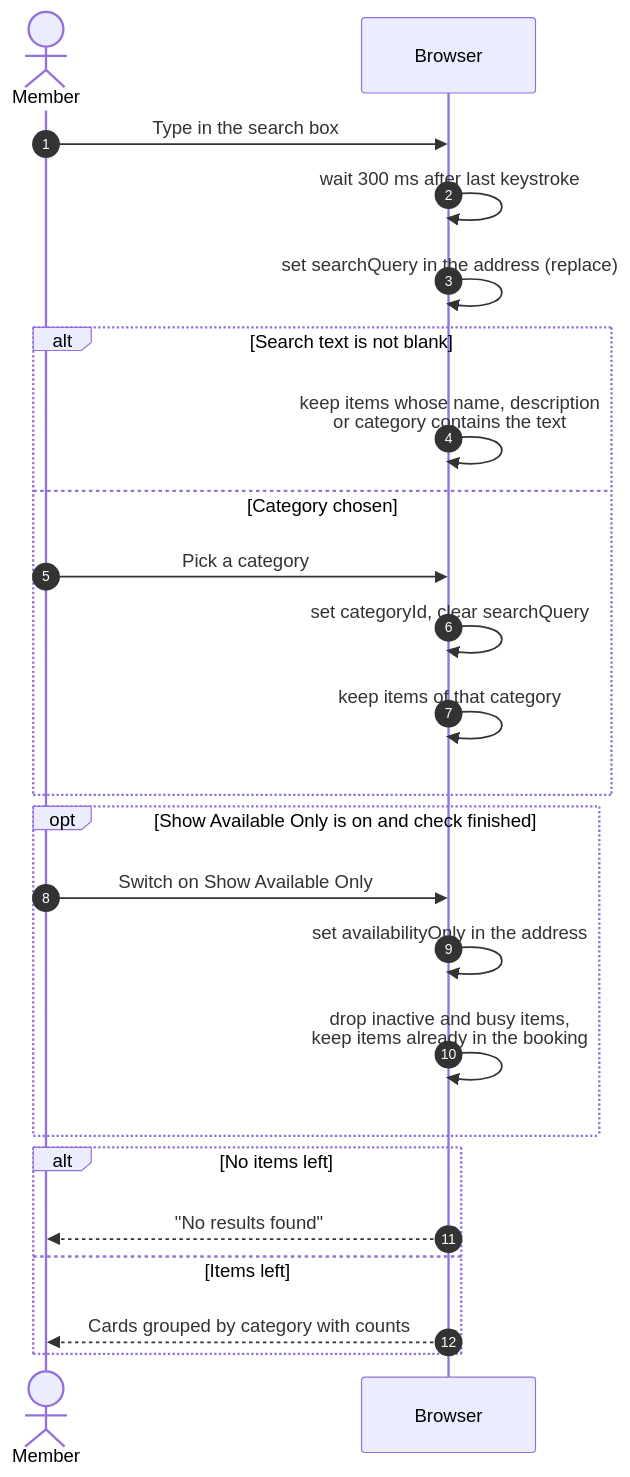
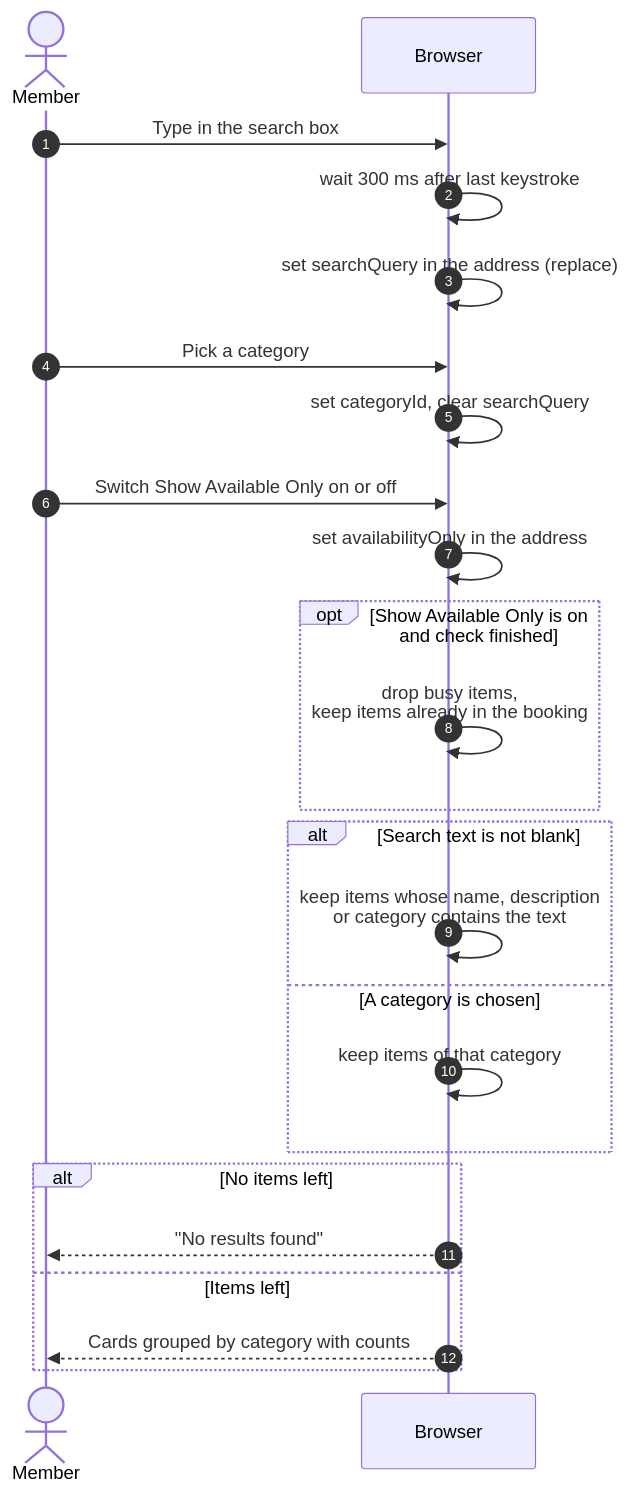
Before and after one commit to sagyzdop/meriksirat: the diagram in docs/scenarios/equipment/filter-and-search.md, drawn with Mermaid. The commit also changed other lines of this file and 10 other files, not shown here.

Commit message:
docs(scenarios): verify equipment diagrams against the code

````diff
--- a/docs/scenarios/equipment/filter-and-search.md
+++ b/docs/scenarios/equipment/filter-and-search.md
@@ -29,26 +38,26 @@
 ```mermaid
 sequenceDiagram
     autonumber
     actor M as Member
     participant B as Browser
     M->>B: Type in the search box
     B->>B: wait 300 ms after last keystroke
     B->>B: set searchQuery in the address (replace)
+    M->>B: Pick a category
+    B->>B: set categoryId, clear searchQuery
+    M->>B: Switch Show Available Only on or off
+    B->>B: set availabilityOnly in the address
+    opt Show Available Only is on and check finished
+        B->>B: drop busy items,<br/>keep items already in the booking
+    end
     alt Search text is not blank
         B->>B: keep items whose name, description<br/>or category contains the text
-    else Category chosen
-        M->>B: Pick a category
-        B->>B: set categoryId, clear searchQuery
+    else A category is chosen
         B->>B: keep items of that category
-    end
-    opt Show Available Only is on and check finished
-        M->>B: Switch on Show Available Only
-        B->>B: set availabilityOnly in the address
-        B->>B: drop inactive and busy items,<br/>keep items already in the booking
     end
     alt No items left
         B-->>M: "No results found"
     else Items left
         B-->>M: Cards grouped by category with counts
     end
 ```
````
